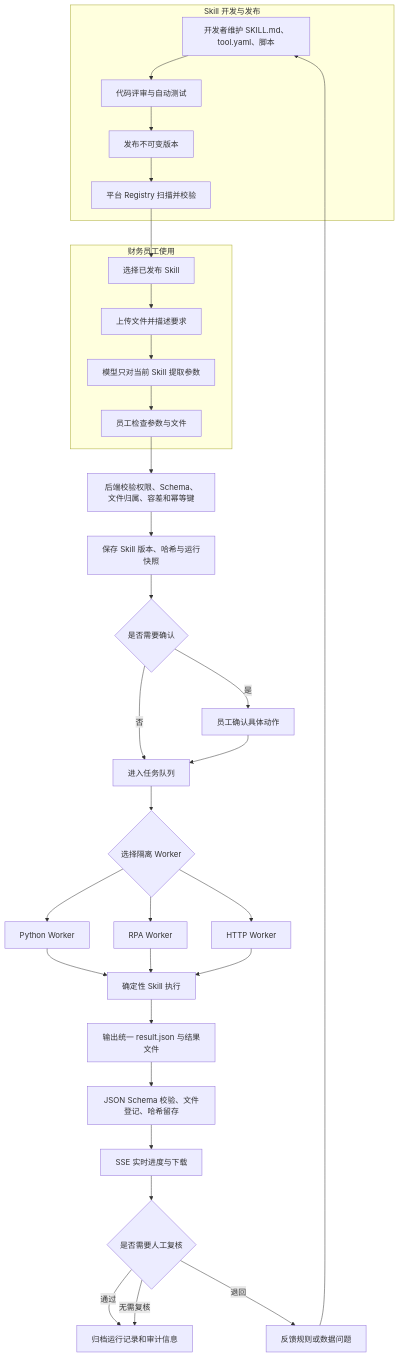
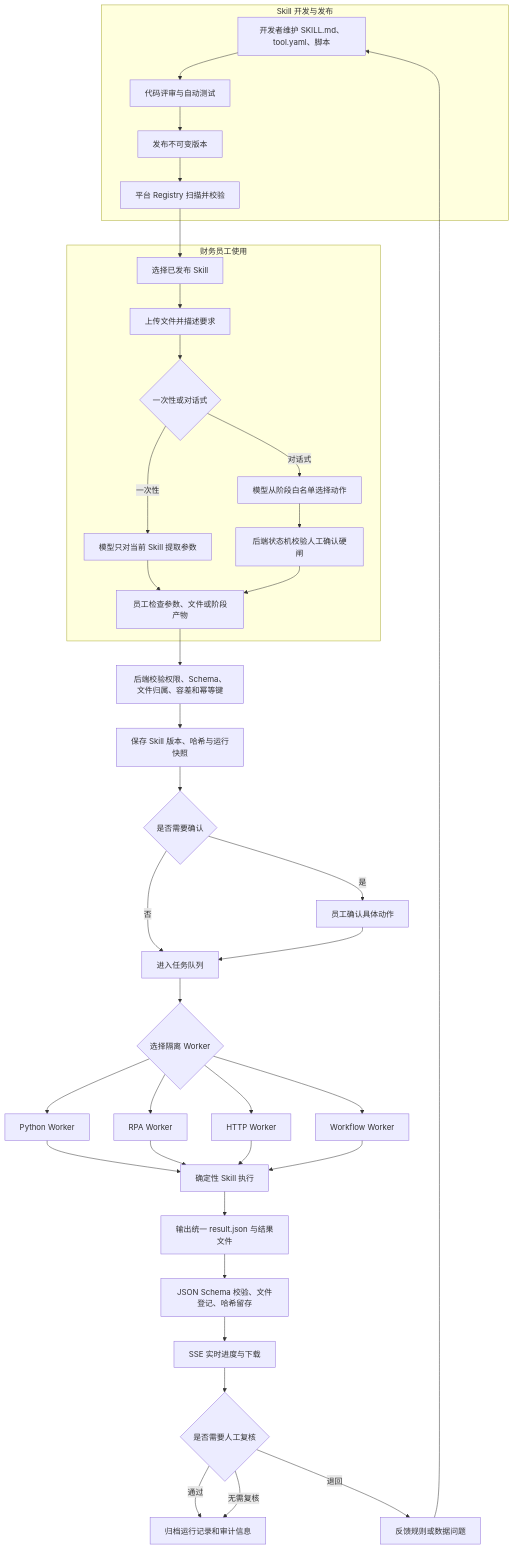
The first of 2 diagrams in docs/ARCHITECTURE.md (ErenYeager2002/financial_pj), drawn with Mermaid before and after one commit. The commit also changed other lines of this file and 63 other files, not shown here.

````diff
--- a/docs/ARCHITECTURE.md
+++ b/docs/ARCHITECTURE.md
@@ -13,38 +13,44 @@
 ```mermaid
 flowchart TD
     subgraph P["Skill 开发与发布"]
         P1["开发者维护 SKILL.md、tool.yaml、脚本"] --> P2["代码评审与自动测试"]
         P2 --> P3["发布不可变版本"]
         P3 --> P4["平台 Registry 扫描并校验"]
     end
 
     subgraph U["财务员工使用"]
         U1["选择已发布 Skill"] --> U2["上传文件并描述要求"]
-        U2 --> U3["模型只对当前 Skill 提取参数"]
-        U3 --> U4["员工检查参数与文件"]
+        U2 --> U3{"一次性或对话式"}
+        U3 -->|"一次性"| UP["模型只对当前 Skill 提取参数"]
+        U3 -->|"对话式"| UC["模型从阶段白名单选择动作"]
+        UC --> UG["后端状态机校验人工确认硬闸"]
+        UP --> U5["员工检查参数、文件或阶段产物"]
+        UG --> U5
     end
 
     P4 --> U1
-    U4 --> V["后端校验权限、Schema、文件归属、容差和幂等键"]
+    U5 --> V["后端校验权限、Schema、文件归属、容差和幂等键"]
     V --> S["保存 Skill 版本、哈希与运行快照"]
     S --> R{"是否需要确认"}
     R -->|"是"| C["员工确认具体动作"]
     R -->|"否"| Q["进入任务队列"]
     C --> Q
 
     Q --> W{"选择隔离 Worker"}
     W --> WP["Python Worker"]
     W --> WR["RPA Worker"]
     W --> WH["HTTP Worker"]
+    W --> WW["Workflow Worker"]
     WP --> E["确定性 Skill 执行"]
     WR --> E
     WH --> E
+    WW --> E
     E --> O["输出统一 result.json 与结果文件"]
     O --> J["JSON Schema 校验、文件登记、哈希留存"]
     J --> L["SSE 实时进度与下载"]
     L --> H{"是否需要人工复核"}
     H -->|"通过"| A["归档运行记录和审计信息"]
     H -->|"退回"| F["反馈规则或数据问题"]
     F --> P1
     H -->|"无需复核"| A
 ```
````
